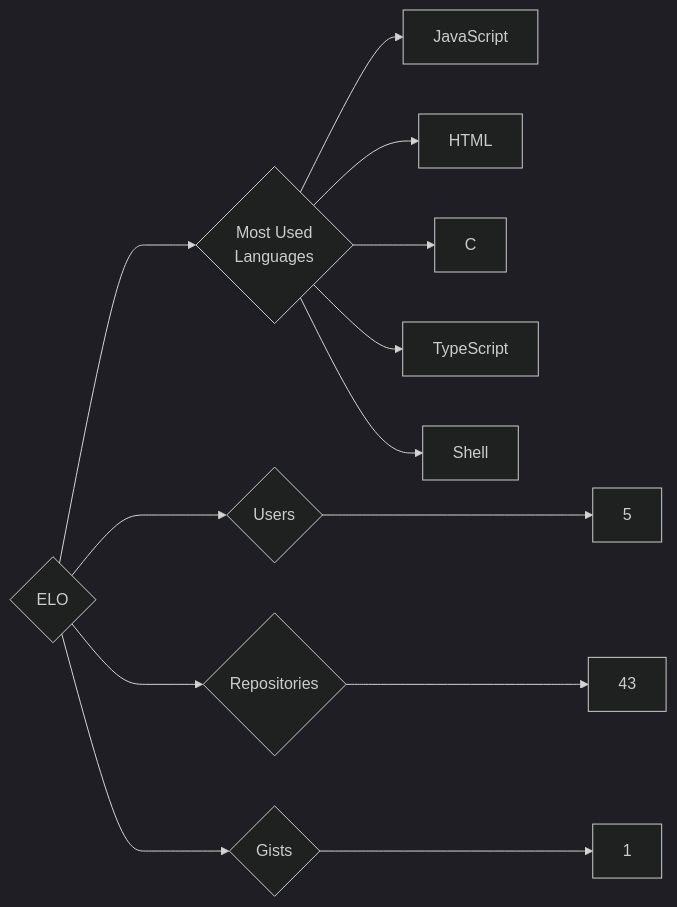
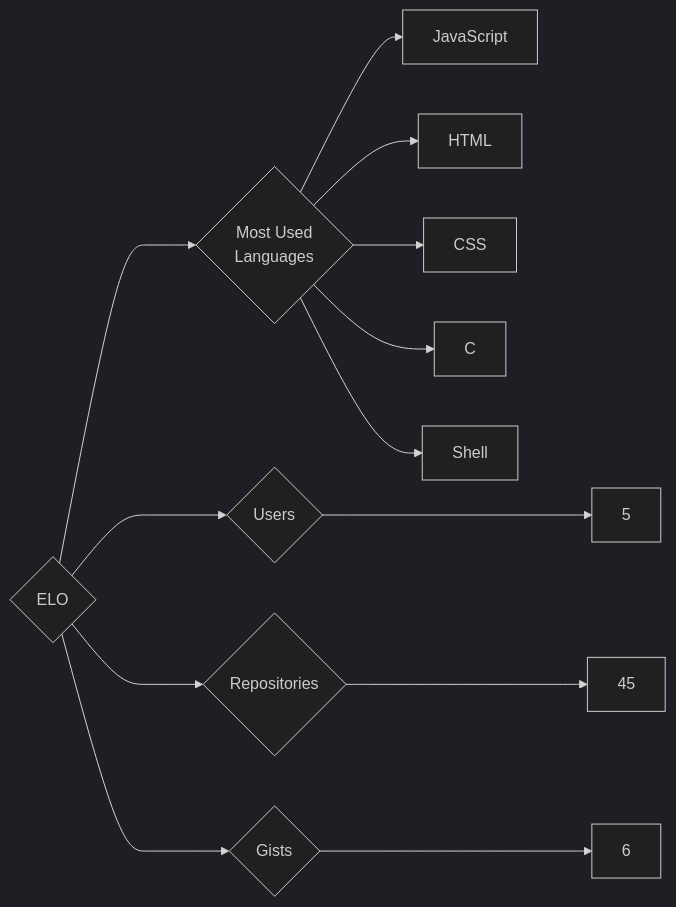
Before and after one commit to trickest/insiders: the diagram in targets/ELO/README.md, drawn with Mermaid (dark theme). The commit also changed 679 other files, not shown here.

````diff
--- a/targets/ELO/README.md
+++ b/targets/ELO/README.md
@@ -3,13 +3,13 @@
 ```mermaid
 graph LR
 COMPANY_NAME{ELO}
 COMPANY_NAME ---> U{Users} ---> UN[5]
-COMPANY_NAME ---> R{Repositories} ---> RN[43]
-COMPANY_NAME ---> G{Gists} ---> GN[1]
+COMPANY_NAME ---> R{Repositories} ---> RN[45]
+COMPANY_NAME ---> G{Gists} ---> GN[6]
 COMPANY_NAME ---> ML{Most Used<br>Languages}
 ML --> JavaScript[JavaScript]
 ML --> HTML[HTML]
+ML --> CSS[CSS]
 ML --> C[C]
-ML --> TypeScript[TypeScript]
 ML --> Shell[Shell]
 ```
````
